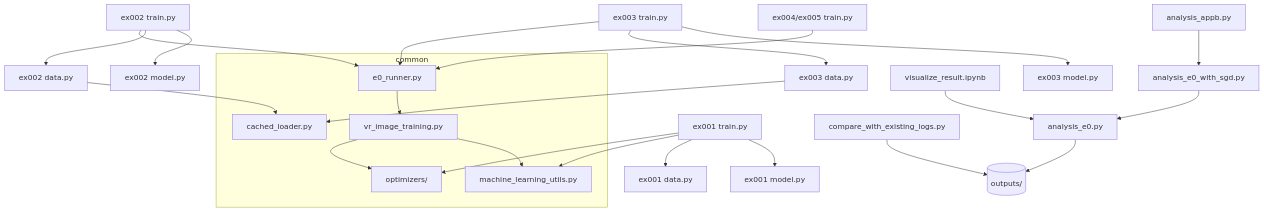
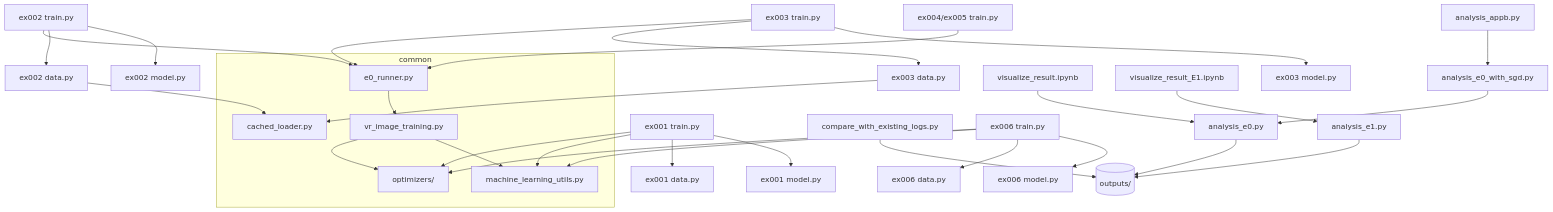
One commit to yryo1005/ASAI_SVRG_programs changed the first of 2 diagrams in programs_review/document.md. Above: the diagram before and after it, drawn with Mermaid. The commit also changed other lines of this file and 13 other files, not shown here.

````diff
--- a/programs_review/document.md
+++ b/programs_review/document.md
@@ -56,29 +64,35 @@
 ```mermaid
 graph TD
     subgraph common
         U[machine_learning_utils.py]
         O[optimizers/]
         C[cached_loader.py]
         V[vr_image_training.py]
         R[e0_runner.py]
     end
     T1[ex001 train.py] --> O
     T1 --> U
     T1 --> D1[ex001 data.py]
     T1 --> M1[ex001 model.py]
     T2[ex002 train.py] --> R
     T3[ex003 train.py] --> R
     R --> V
     V --> O
     V --> U
     T2 --> D2[ex002 data.py] --> C
     T3 --> D3[ex003 data.py] --> C
     T2 --> M2[ex002 model.py]
     T3 --> M3[ex003 model.py]
     T4[ex004/ex005 train.py] --> R
     AB[analysis_appb.py] --> AS
     A[analysis_e0.py] --> OUT[(outputs/)]
     NB[visualize_result.ipynb] --> A
     CMP[compare_with_existing_logs.py] --> OUT
     AS[analysis_e0_with_sgd.py] --> A
+    T6[ex006 train.py] --> O
+    T6 --> U
+    T6 --> D6[ex006 data.py]
+    T6 --> M6[ex006 model.py]
+    E1A[analysis_e1.py] --> OUT
+    NB1[visualize_result_E1.ipynb] --> E1A
 ```
````
